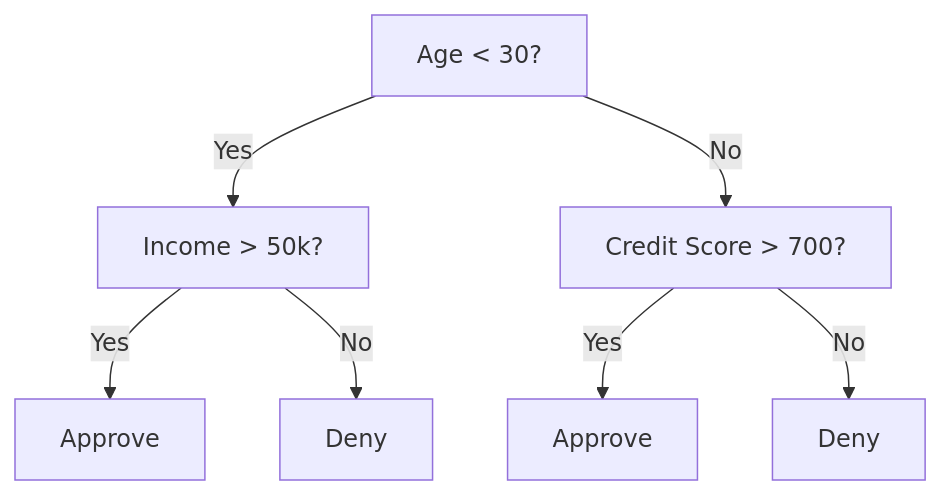
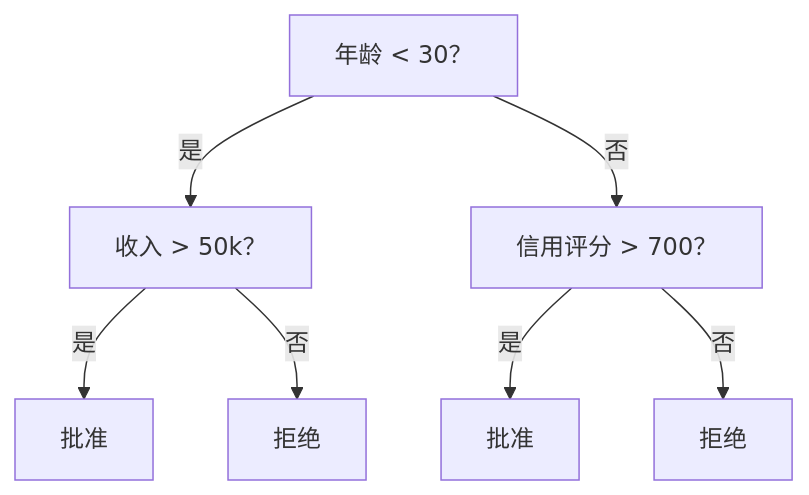
The first of 2 diagrams in phases/02-ml-fundamentals/04-decision-trees/docs/en.md (cluster1900/ai-engineering-from-scratch-zh), drawn with Mermaid before and after one commit. The commit also changed other lines of this file and 2 other files, not shown here.

````diff
--- a/phases/02-ml-fundamentals/04-decision-trees/docs/en.md
+++ b/phases/02-ml-fundamentals/04-decision-trees/docs/en.md
@@ -31,9 +31,9 @@
 ```mermaid
 graph TD
-    A["Age < 30?"] -->|Yes| B["Income > 50k?"]
-    A -->|No| C["Credit Score > 700?"]
-    B -->|Yes| D["Approve"]
-    B -->|No| E["Deny"]
-    C -->|Yes| F["Approve"]
-    C -->|No| G["Deny"]
+    A["年龄 < 30？"] -->|是| B["收入 > 50k？"]
+    A -->|否| C["信用评分 > 700？"]
+    B -->|是| D["批准"]
+    B -->|否| E["拒绝"]
+    C -->|是| F["批准"]
+    C -->|否| G["拒绝"]
 ```
````
